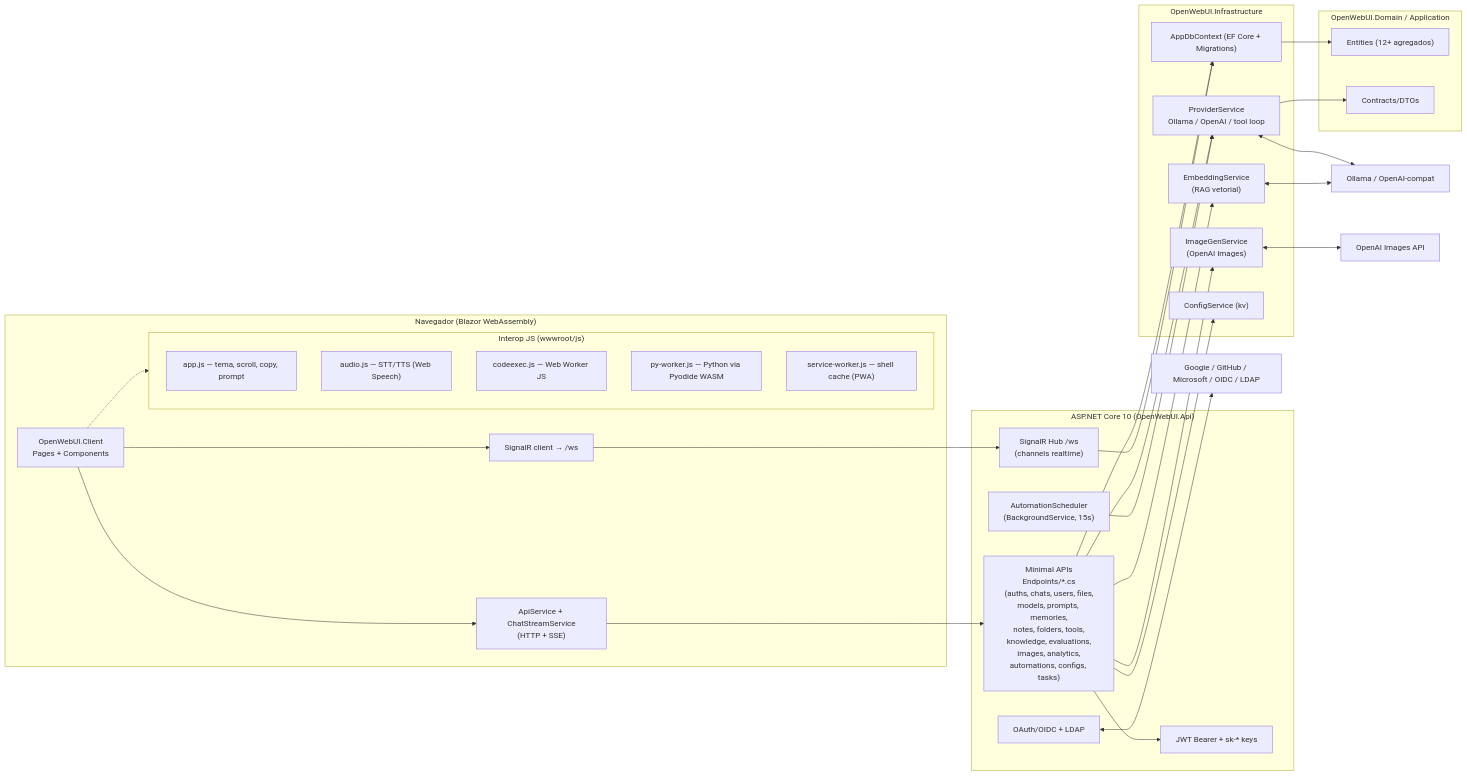
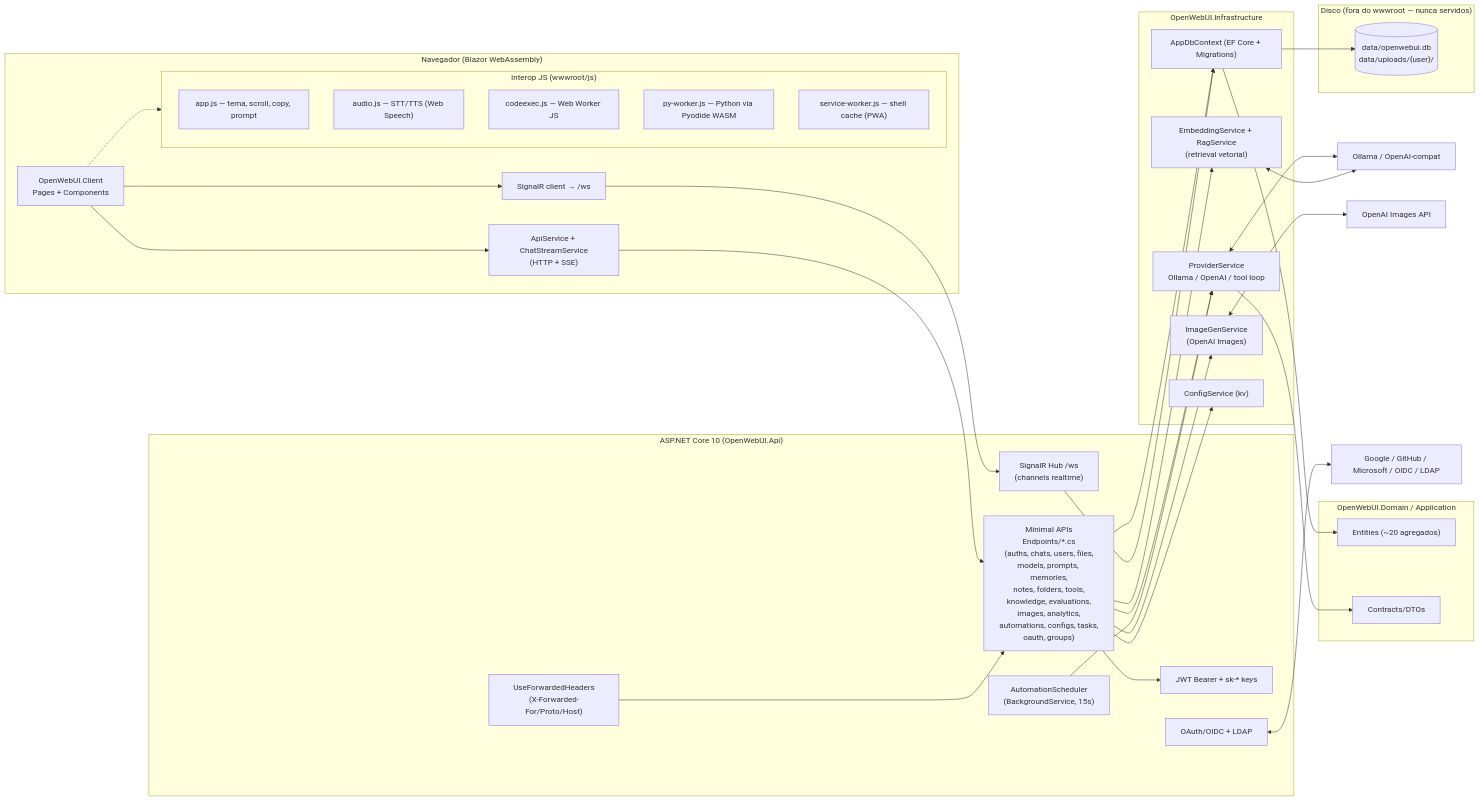
Before and after one commit to afonsoft/open-webui: the first of 3 diagrams in docs/architecture/architecture.md, drawn with Mermaid. The commit also changed other lines of this file and 9 other files, not shown here.

First line of the commit message:
docs: arquitetura — ADRs, diagramas deploy/sequência, auditoria de paridade + fix proxy

````diff
--- a/docs/architecture/architecture.md
+++ b/docs/architecture/architecture.md
@@ -8,55 +9,62 @@
 ```mermaid
 flowchart LR
     subgraph Browser["Navegador (Blazor WebAssembly)"]
         UI["OpenWebUI.Client<br/>Pages + Components"]
         subgraph ClientJS["Interop JS (wwwroot/js)"]
             JS1["app.js — tema, scroll, copy, prompt"]
             JS2["audio.js — STT/TTS (Web Speech)"]
             JS3["codeexec.js — Web Worker JS"]
             JS4["py-worker.js — Python via Pyodide WASM"]
             SW["service-worker.js — shell cache (PWA)"]
         end
         ApiS["ApiService + ChatStreamService<br/>(HTTP + SSE)"]
         Hub["SignalR client → /ws"]
     end
 
     subgraph Server["ASP.NET Core 10 (OpenWebUI.Api)"]
-        EP["Minimal APIs<br/>Endpoints/*.cs<br/>(auths, chats, users, files,<br/>models, prompts, memories,<br/>notes, folders, tools,<br/>knowledge, evaluations,<br/>images, analytics,<br/>automations, configs, tasks)"]
+        FH["UseForwardedHeaders<br/>(X-Forwarded-For/Proto/Host)"]
+        EP["Minimal APIs<br/>Endpoints/*.cs<br/>(auths, chats, users, files,<br/>models, prompts, memories,<br/>notes, folders, tools,<br/>knowledge, evaluations,<br/>images, analytics,<br/>automations, configs, tasks,<br/>oauth, groups)"]
         WS["SignalR Hub /ws<br/>(channels realtime)"]
         AuthMW["JWT Bearer + sk-* keys"]
         OAuth["OAuth/OIDC + LDAP"]
         Sched["AutomationScheduler<br/>(BackgroundService, 15s)"]
     end
 
     subgraph Infra["OpenWebUI.Infrastructure"]
         DB["AppDbContext (EF Core + Migrations)"]
         Prov["ProviderService<br/>Ollama / OpenAI / tool loop"]
-        Emb["EmbeddingService<br/>(RAG vetorial)"]
+        Emb["EmbeddingService + RagService<br/>(retrieval vetorial)"]
         Img["ImageGenService<br/>(OpenAI Images)"]
         Cfg["ConfigService (kv)"]
     end
 
     subgraph Domain["OpenWebUI.Domain / Application"]
-        Ent["Entities (12+ agregados)"]
+        Ent["Entities (~20 agregados)"]
         Dto["Contracts/DTOs"]
+    end
+
+    subgraph Store["Disco (fora do wwwroot — nunca servidos)"]
+        Vol[("data/openwebui.db<br/>data/uploads/{user}/")]
     end
 
     UI --> ApiS --> EP
     UI --> Hub --> WS
     UI -.-> ClientJS
+    FH --> EP
     EP --> AuthMW
     EP --> DB
     EP --> Prov
     EP --> Img
     EP --> Emb
     Sched --> Prov
     DB --> Ent
+    DB --> Vol
     Prov --> Dto
     EP --> Cfg
     WS --> DB
 
     Prov <--> Ext1["Ollama / OpenAI-compat"]
     Img <--> Ext2["OpenAI Images API"]
     Emb <--> Ext1
     OAuth <--> Ext3["Google / GitHub / Microsoft / OIDC / LDAP"]
 ```
````
